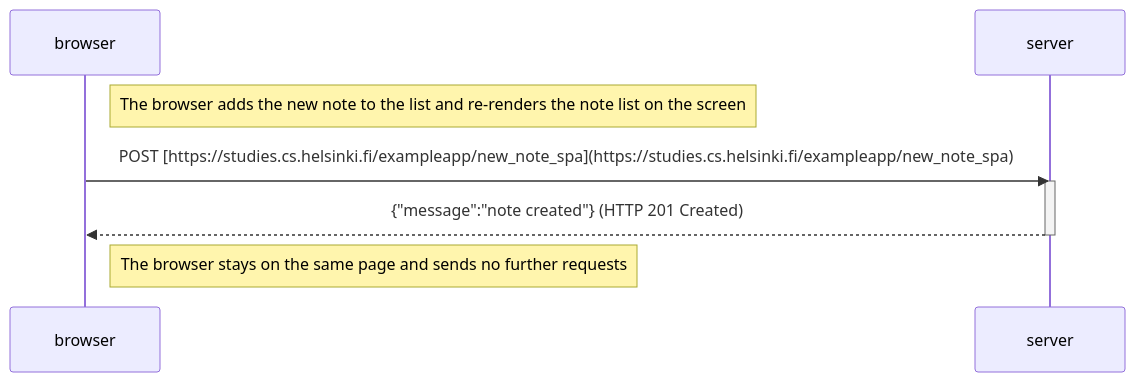
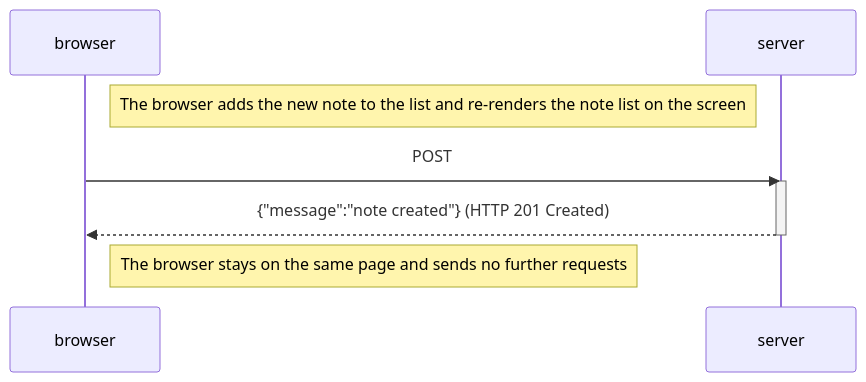
One commit to Abhijith3330/FULLSTACKOPEN changed the diagram in part0/0.6.md. Above: the diagram before and after it, drawn with Mermaid.

````diff
--- a/part0/0.6.md
+++ b/part0/0.6.md
@@ -1,14 +1,14 @@
 ```mermaid
 sequenceDiagram
     participant browser
     participant server
 
     Note right of browser: The browser adds the new note to the list and re-renders the note list on the screen
 
-    browser->>server: POST [https://studies.cs.helsinki.fi/exampleapp/new_note_spa](https://studies.cs.helsinki.fi/exampleapp/new_note_spa)
+    browser->>server: POST
     activate server
     server-->>browser: {"message":"note created"} (HTTP 201 Created)
     deactivate server
 
     Note right of browser: The browser stays on the same page and sends no further requests
 ```
````
